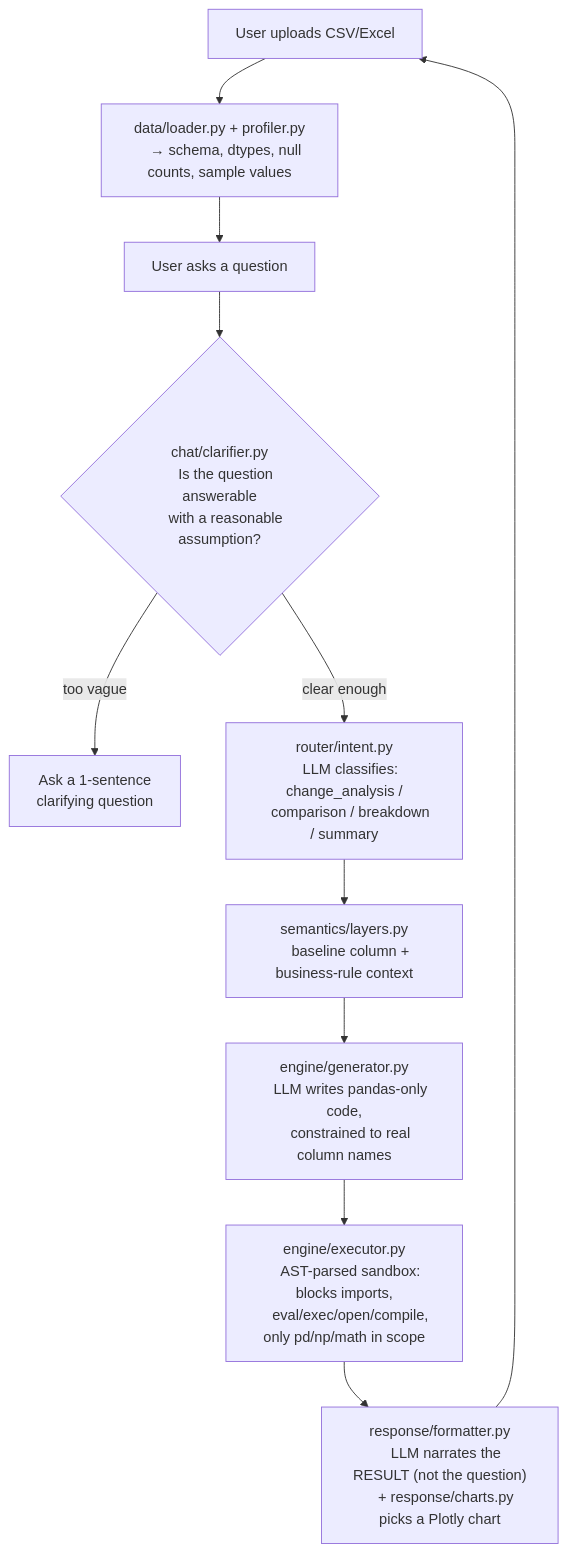
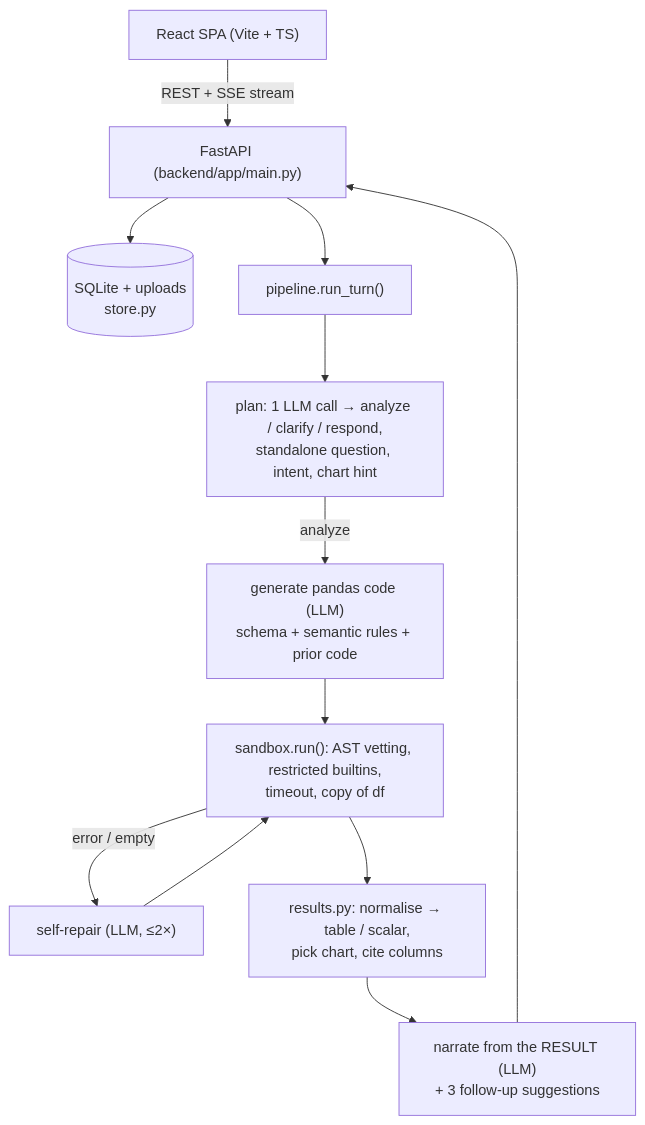
One commit to Nitingupta0/talk-to-data changed the diagram in README.md. Above: the diagram before and after it, drawn with Mermaid. The commit also changed other lines of this file and 66 other files, not shown here.

First line of the commit message:
Rebuild as FastAPI backend + React frontend with an upgraded analysis pipeline

````diff
--- a/README.md
+++ b/README.md
@@ -24,26 +43,13 @@
 ```mermaid
 flowchart TD
-    U["User uploads CSV/Excel"] --> LOAD["data/loader.py + profiler.py
-    → schema, dtypes, null counts, sample values"]
-    LOAD --> Q["User asks a question"]
-    Q --> CLAR{"chat/clarifier.py
-    Is the question answerable
-    with a reasonable assumption?"}
-    CLAR -- "too vague" --> ASK["Ask a 1-sentence
-    clarifying question"]
-    CLAR -- "clear enough" --> INTENT["router/intent.py
-    LLM classifies: change_analysis /
-    comparison / breakdown / summary"]
-    INTENT --> SEM["semantics/layers.py
-    baseline column + business-rule context"]
-    SEM --> GEN["engine/generator.py
-    LLM writes pandas-only code,
-    constrained to real column names"]
-    GEN --> EXEC["engine/executor.py
-    AST-parsed sandbox: blocks imports,
-    eval/exec/open/compile, only pd/np/math in scope"]
-    EXEC --> FMT["response/formatter.py
-    LLM narrates the RESULT (not the question)
-    + response/charts.py picks a Plotly chart"]
-    FMT --> U
+    UI["React SPA (Vite + TS)"] -- "REST + SSE stream" --> API["FastAPI (backend/app/main.py)"]
+    API --> STORE[("SQLite + uploads<br/>store.py")]
+    API --> PIPE["pipeline.run_turn()"]
+    PIPE --> PLAN["plan: 1 LLM call → analyze / clarify / respond,<br/>standalone question, intent, chart hint"]
+    PLAN -->|analyze| GEN["generate pandas code (LLM)<br/>schema + semantic rules + prior code"]
+    GEN --> SBX["sandbox.run(): AST vetting, restricted builtins,<br/>timeout, copy of df"]
+    SBX -- "error / empty" --> REPAIR["self-repair (LLM, ≤2×)"] --> SBX
+    SBX --> RES["results.py: normalise → table / scalar,<br/>pick chart, cite columns"]
+    RES --> NAR["narrate from the RESULT (LLM)<br/>+ 3 follow-up suggestions"]
+    NAR --> API
 ```
````
